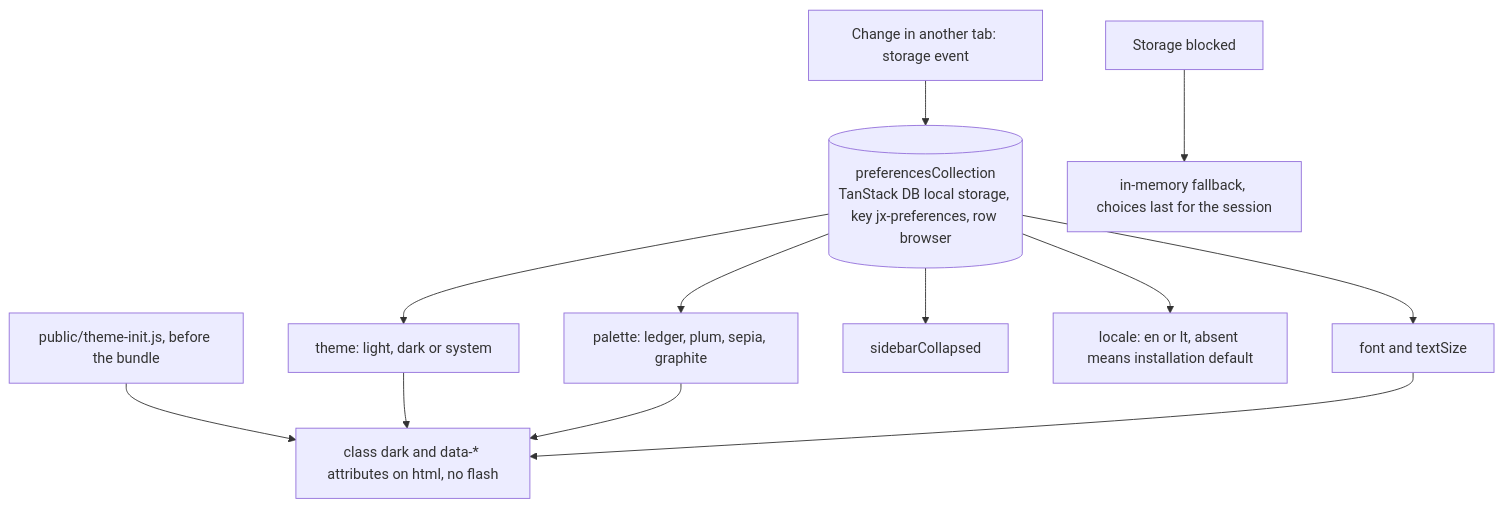
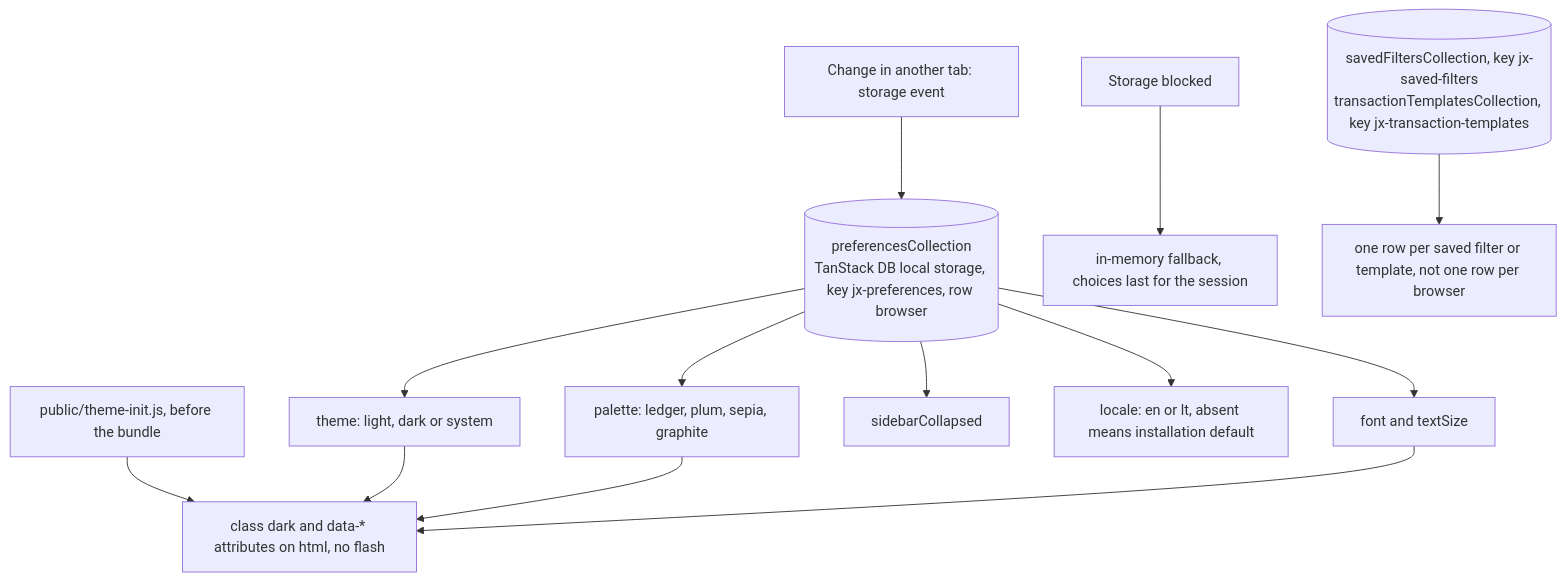
The first of 3 diagrams in docs/features/24. Interface.md (Justxs/Jx-Finance), drawn with Mermaid before and after one commit. The commit also changed other lines of this file and 33 other files, not shown here.

First line of the commit message:
feat(transactions): save ledger filters, templates and duplicates

````diff
--- a/docs/features/24. Interface.md
+++ b/docs/features/24. Interface.md
@@ -5,14 +5,15 @@
 ```mermaid
 flowchart TD
     Pref[("preferencesCollection<br/>TanStack DB local storage, key jx-preferences, row browser")] --> Theme["theme: light, dark or system"]
     Pref --> Palette["palette: ledger, plum, sepia, graphite"]
     Pref --> Font["font and textSize"]
     Pref --> Side["sidebarCollapsed"]
     Pref --> Loc["locale: en or lt, absent means installation default"]
     Init["public/theme-init.js, before the bundle"] --> Html["class dark and data-* attributes on html, no flash"]
     Theme --> Html
     Palette --> Html
     Font --> Html
     Tab["Change in another tab: storage event"] --> Pref
     Blocked["Storage blocked"] --> Mem["in-memory fallback, choices last for the session"]
+    Views[("savedFiltersCollection, key jx-saved-filters<br/>transactionTemplatesCollection, key jx-transaction-templates")] --> Rows["one row per saved filter or template, not one row per browser"]
 ```
````
